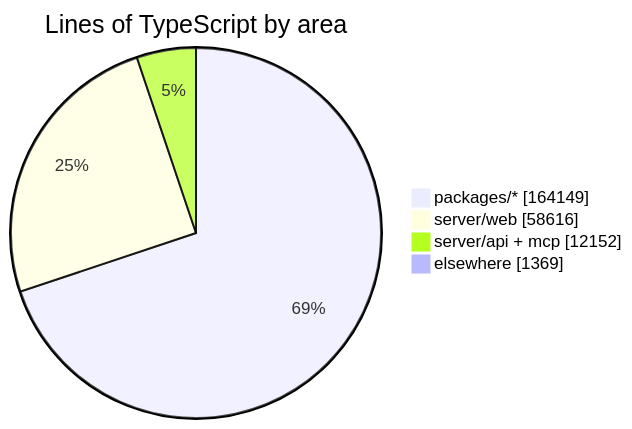
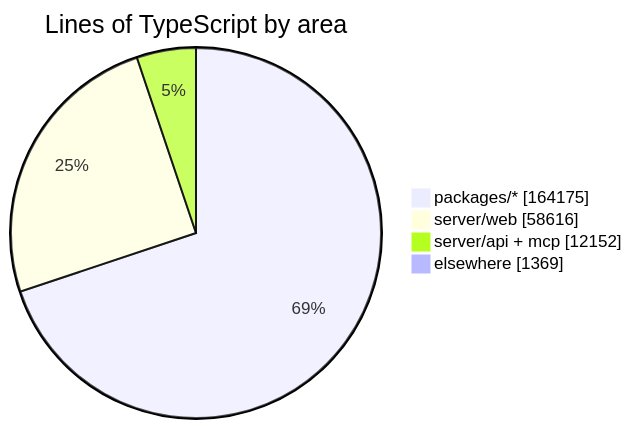
One commit to crossworks-engineering/mantle changed the diagram in README.md. Above: the diagram before and after it, drawn with Mermaid. The commit also changed other lines of this file and 2 other files, not shown here.

````diff
--- a/README.md
+++ b/README.md
@@ -279,7 +279,7 @@
 ```mermaid
 pie showData title Lines of TypeScript by area
-    "packages/*" : 164149
+    "packages/*" : 164175
     "server/web" : 58616
     "server/api + mcp" : 12152
     "elsewhere" : 1369
 ```
````
